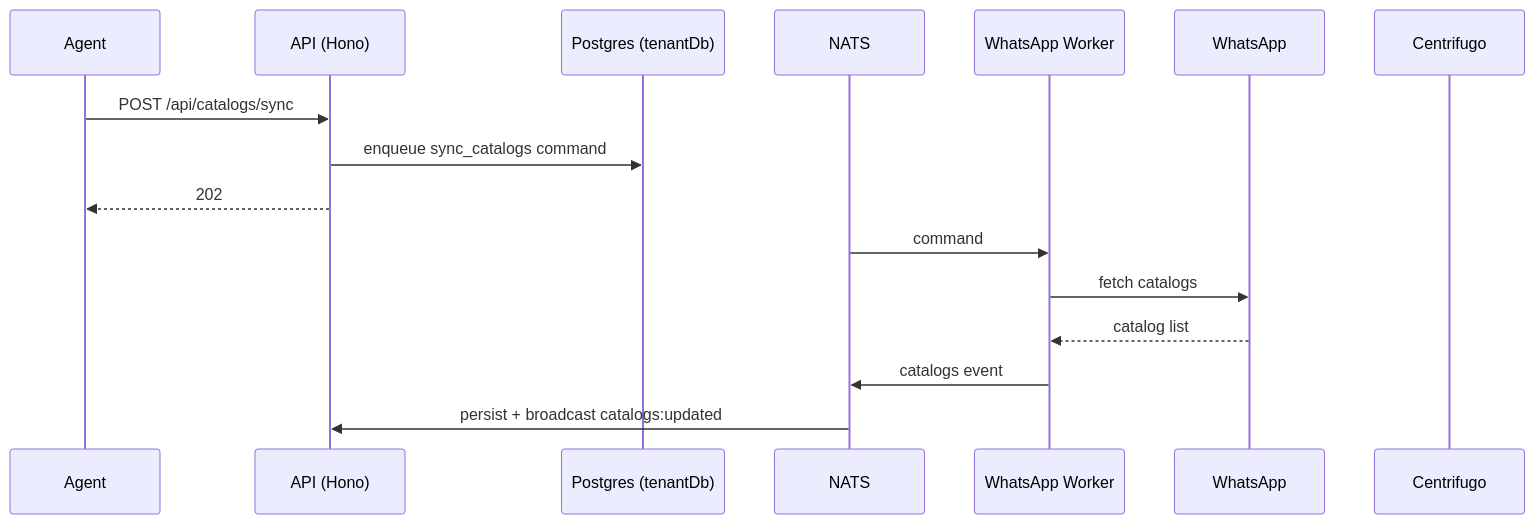
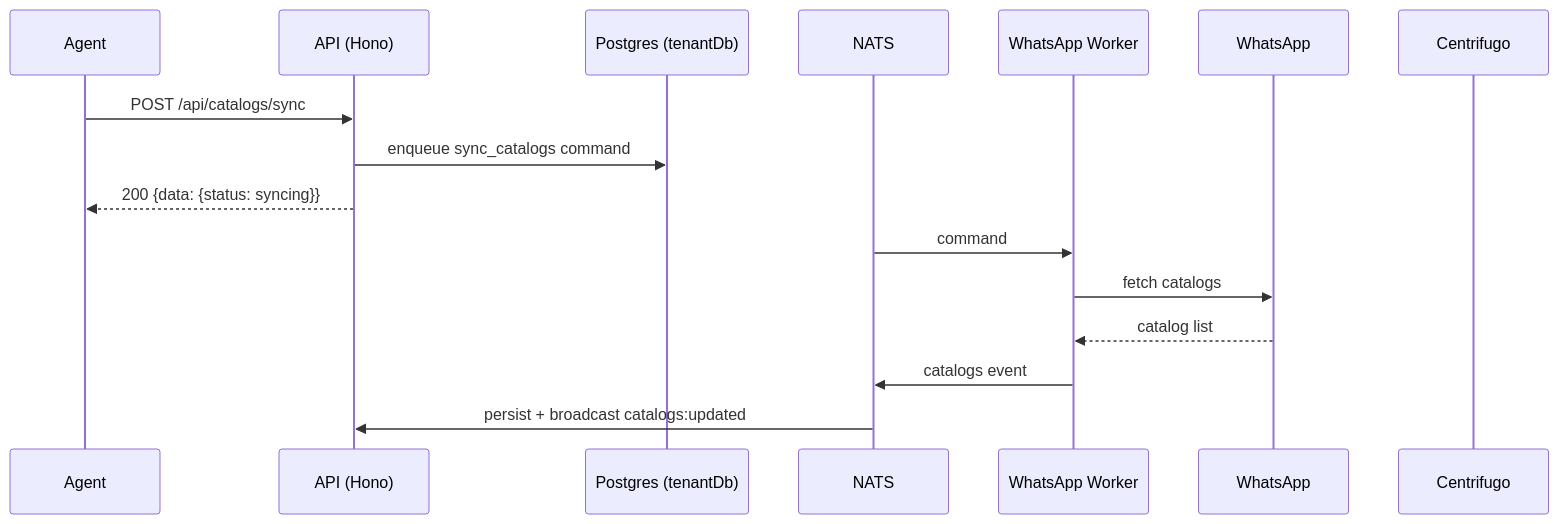
The diagram in docs/apis/catalogs.md (ygncode/wateaminbox), drawn with Mermaid before and after one commit. The commit also changed other lines of this file and 27 other files, not shown here.

````diff
--- a/docs/apis/catalogs.md
+++ b/docs/apis/catalogs.md
@@ -27,18 +27,18 @@
 ```mermaid
 sequenceDiagram
     participant U as Agent
     participant A as API (Hono)
     participant D as Postgres (tenantDb)
     participant N as NATS
     participant W as WhatsApp Worker
     participant WA as WhatsApp
     participant R as Centrifugo
     U->>A: POST /api/catalogs/sync
     A->>D: enqueue sync_catalogs command
-    A-->>U: 202
+    A-->>U: 200 {data: {status: syncing}}
     N->>W: command
     W->>WA: fetch catalogs
     WA-->>W: catalog list
     W->>N: catalogs event
     N->>A: persist + broadcast catalogs:updated
 ```
````
